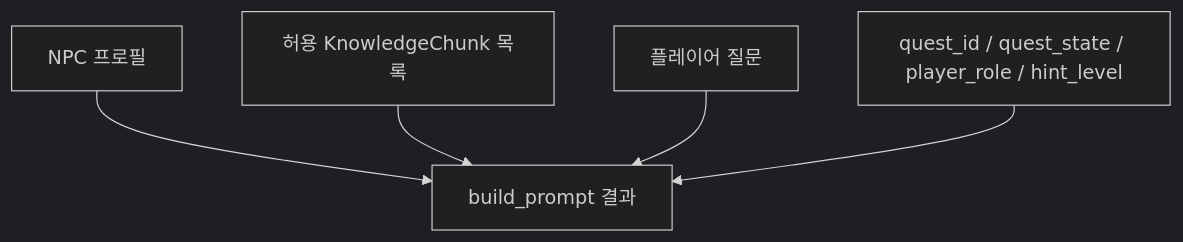
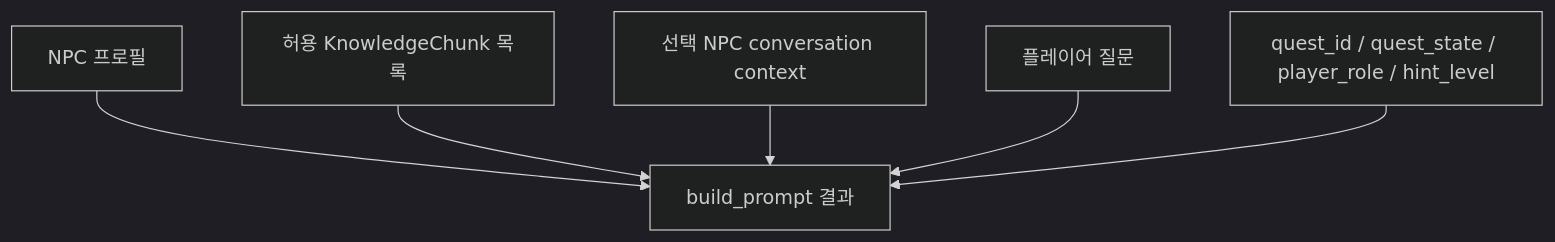
Before and after one commit to HRDI0/npc_persona: diagram 13 of 21 in docs/system_architecture.md, drawn with Mermaid (dark theme). The commit also changed other lines of this file and 13 other files, not shown here.

````diff
--- a/docs/system_architecture.md
+++ b/docs/system_architecture.md
@@ -585,13 +621,15 @@
 ```mermaid
 flowchart TB
     NPCProfile[NPC 프로필]
     Chunks[허용 KnowledgeChunk 목록]
+    Memory[선택 NPC conversation context]
     UserMsg[플레이어 질문]
     DialogState[quest_id / quest_state / player_role / hint_level]
     Prompt[build_prompt 결과]
 
     NPCProfile --> Prompt
     Chunks --> Prompt
+    Memory --> Prompt
     UserMsg --> Prompt
     DialogState --> Prompt
 ```
````
